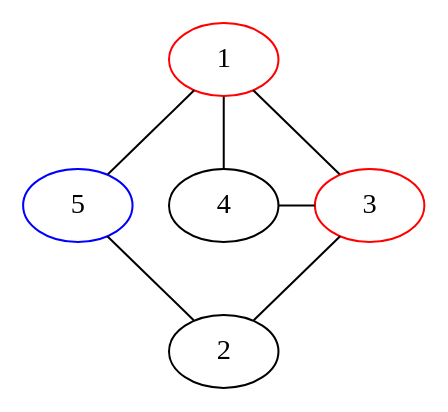
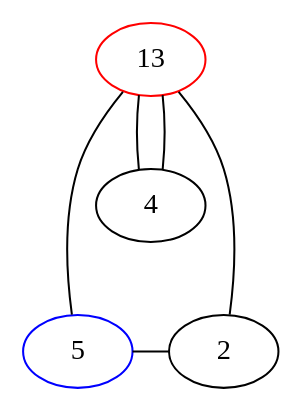
One commit to bilboquet/gamelib changed the diagram in sprouts/start_2_nodes_reduced/1111.dot. Above: the diagram before and after it, drawn with Graphviz. The commit also changed 19 other files, not shown here.

```diff
--- a/sprouts/start_2_nodes_reduced/1111.dot
+++ b/sprouts/start_2_nodes_reduced/1111.dot
@@ -1,18 +1,14 @@
 graph {
-  1 -- 5 -- 2;
-  1 -- 4 -- 3;
-  1 -- 3 -- 2;
-
+  13 -- 5 -- 2;
+  13 -- 4 -- 13;
+  13 -- 2;
+  5 -- 4 [style="invis"];
+  2 -- 4 [style="invis"];
   {
-    rank="same";
-    3;
-    4;
+    rank="sink";
+    2;
     5;
-
   }
-
-  1 [color="red"];
-  3 [color="red"];
+  13 [color="red"];
   5 [color="blue"];
-
 }
```
